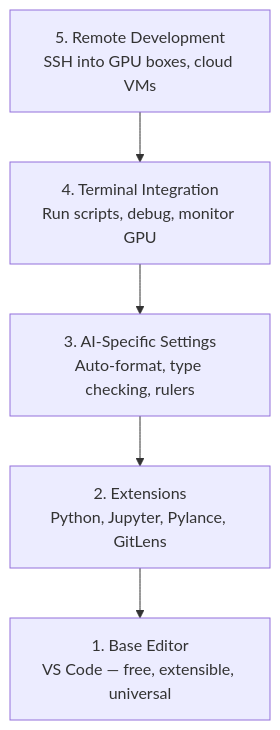
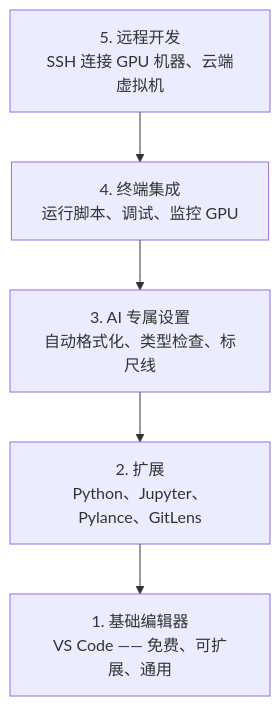
Before and after one commit to huangyue12120/Learning-Atlas: the diagram in content/translations/practice/00-setup-and-tooling/08-editor-setup/zh.md, drawn with Mermaid. The commit also changed other lines of this file and 718 other files, not shown here.

````diff
--- a/content/translations/practice/00-setup-and-tooling/08-editor-setup/zh.md
+++ b/content/translations/practice/00-setup-and-tooling/08-editor-setup/zh.md
@@ -38,8 +38,8 @@
 ```mermaid
 graph TD
-    L5["5. Remote Development<br/>SSH into GPU boxes, cloud VMs"] --> L4
-    L4["4. Terminal Integration<br/>Run scripts, debug, monitor GPU"] --> L3
-    L3["3. AI-Specific Settings<br/>Auto-format, type checking, rulers"] --> L2
-    L2["2. Extensions<br/>Python, Jupyter, Pylance, GitLens"] --> L1
-    L1["1. Base Editor<br/>VS Code — free, extensible, universal"]
+    L5["5. 远程开发<br/>SSH 连接 GPU 机器、云端虚拟机"] --> L4
+    L4["4. 终端集成<br/>运行脚本、调试、监控 GPU"] --> L3
+    L3["3. AI 专属设置<br/>自动格式化、类型检查、标尺线"] --> L2
+    L2["2. 扩展<br/>Python、Jupyter、Pylance、GitLens"] --> L1
+    L1["1. 基础编辑器<br/>VS Code —— 免费、可扩展、通用"]
 ```
````
